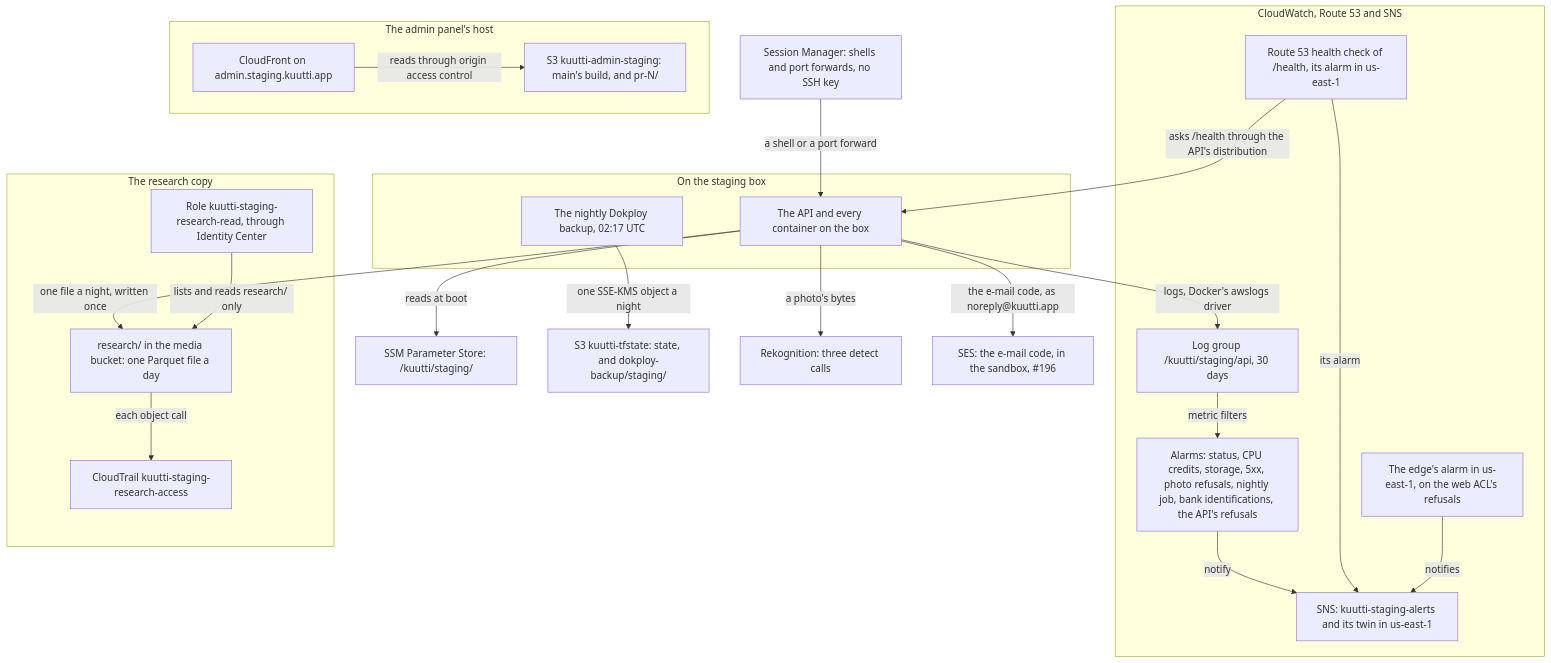
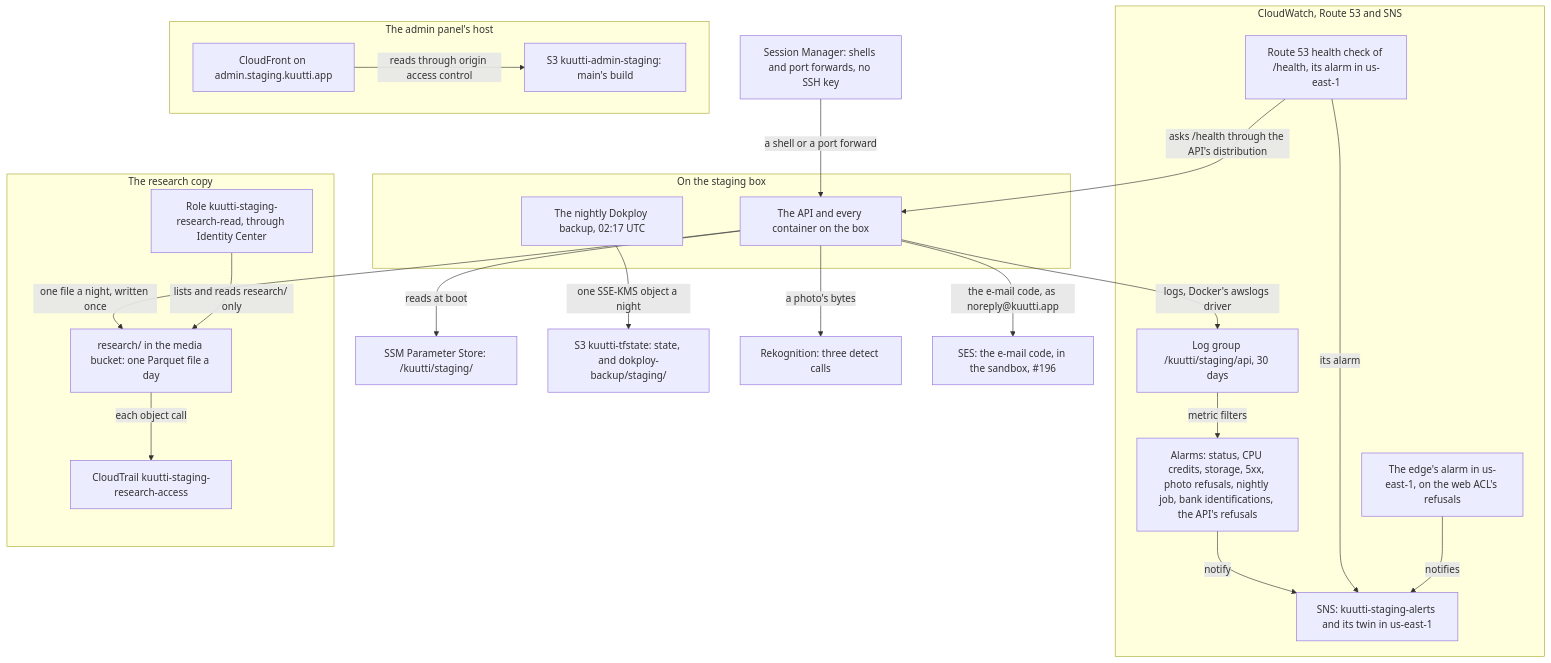
One commit to kuutti-ry/kumpa-app changed the third of 5 diagrams in docs/architecture/deployment.md. Above: the diagram before and after it, drawn with Mermaid. The commit also changed other lines of this file and 132 other files, not shown here.

````diff
--- a/docs/architecture/deployment.md
+++ b/docs/architecture/deployment.md
@@ -164,46 +154,46 @@
 ```mermaid
 flowchart TB
   accTitle: Deployment, part 3: staging, the services around the box
   accDescr: The API reads the parameter store at boot, logs through Docker to CloudWatch, calls Rekognition, and writes one research file a night to the media bucket. CloudWatch's alarms, the edge's among them, and the Route 53 health probe mail through SNS. The box backs Dokploy up to the state bucket every night, and Session Manager is the way in. The admin panel has its own bucket and distribution. A researcher's role reads the research copy, and CloudTrail logs every read. SES sends the e-mail code.
   subgraph boxside["On the staging box"]
     n26["The API and every container on the box"]
     n27["The nightly Dokploy backup, 02:17 UTC"]
   end
   n28["Session Manager: shells and port forwards, no SSH key"]
   n29["SSM Parameter Store: /kuutti/staging/"]
   subgraph watch["CloudWatch, Route 53 and SNS"]
     n30["Log group /kuutti/staging/api, 30 days"]
     n31["Alarms: status, CPU credits, storage, 5xx, photo refusals, nightly job, bank identifications, the API's refusals"]
     n32["Route 53 health check of /health, its alarm in us-east-1"]
     n70["The edge's alarm in us-east-1, on the web ACL's refusals"]
     n33["SNS: kuutti-staging-alerts and its twin in us-east-1"]
   end
   subgraph panel["The admin panel's host"]
     n34["CloudFront on admin.staging.kuutti.app"]
-    n35["S3 kuutti-admin-staging: main's build, and pr-N/"]
+    n35["S3 kuutti-admin-staging: main's build"]
   end
   subgraph research["The research copy"]
     n36["research/ in the media bucket: one Parquet file a day"]
     n37["Role kuutti-staging-research-read, through Identity Center"]
     n38["CloudTrail kuutti-staging-research-access"]
   end
   n39["S3 kuutti-tfstate: state, and dokploy-backup/staging/"]
   n40["Rekognition: three detect calls"]
   n41["SES: the e-mail code, in the sandbox, #196"]
   n26 -->|"reads at boot"| n29
   n26 -->|"logs, Docker's awslogs driver"| n30
   n30 -->|"metric filters"| n31
   n31 -->|"notify"| n33
   n32 -->|"asks /health through the API's distribution"| n26
   n32 -->|"its alarm"| n33
   n70 -->|"notifies"| n33
   n27 -->|"one SSE-KMS object a night"| n39
   n28 -->|"a shell or a port forward"| n26
   n26 -->|"a photo's bytes"| n40
   n26 -->|"the e-mail code, as noreply@kuutti.app"| n41
   n26 -->|"one file a night, written once"| n36
   n37 -->|"lists and reads research/ only"| n36
   n36 -->|"each object call"| n38
   n34 -->|"reads through origin access control"| n35
   classDef notbuilt stroke-dasharray: 5 5
 ```
````
